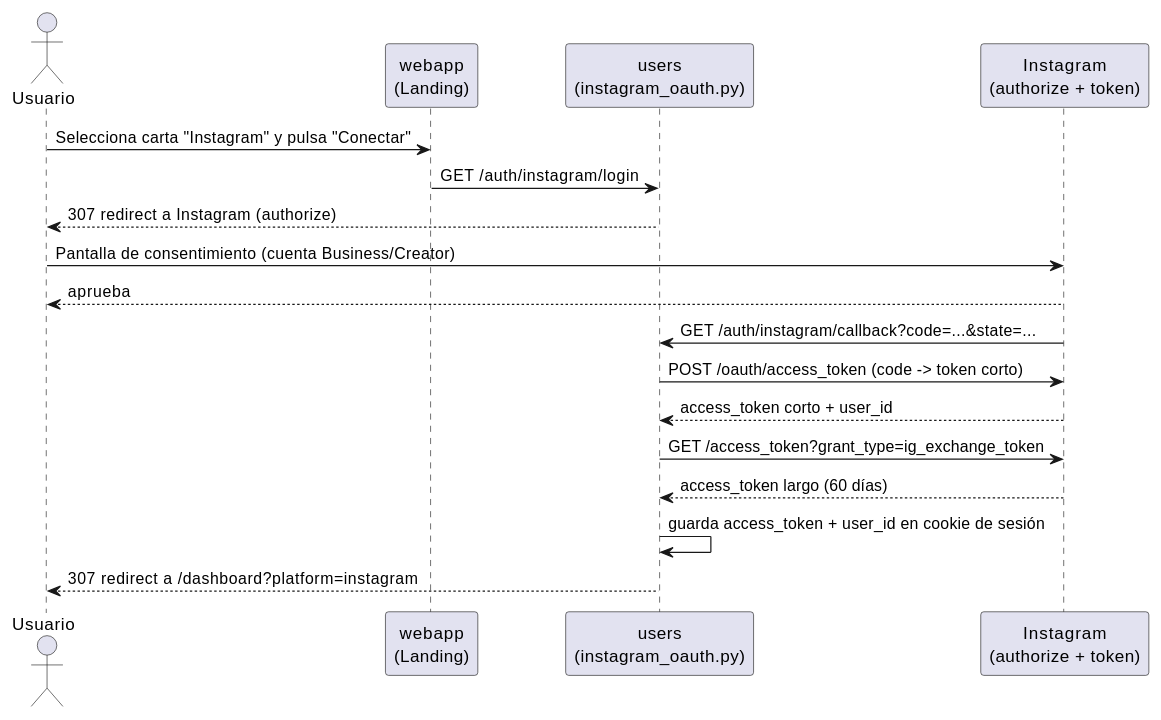
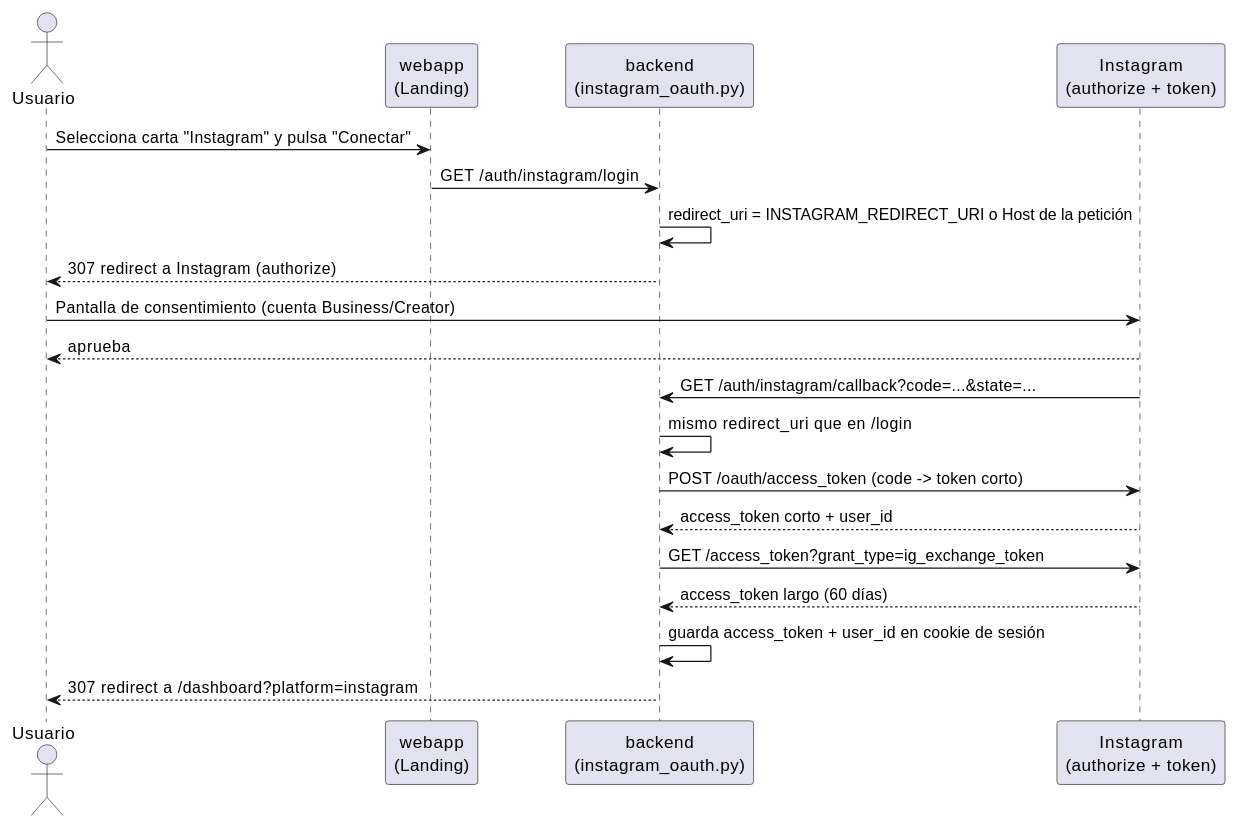
One commit to nacho50900/AmITraceable changed the second of 6 diagrams in docs/src/06_runtime_view.adoc. Above: the diagram before and after it, drawn with PlantUML. The commit also changed other lines of this file and 11 other files, not shown here.

```diff
--- a/docs/src/06_runtime_view.adoc
+++ b/docs/src/06_runtime_view.adoc
@@ -38,20 +41,22 @@
 [plantuml, "Secuencia OAuth Instagram", png]
 ----
 actor Usuario
 participant "webapp\n(Landing)" as FE
-participant "users\n(instagram_oauth.py)" as BE
+participant "backend\n(instagram_oauth.py)" as BE
 participant "Instagram\n(authorize + token)" as IG
 
 Usuario -> FE: Selecciona carta "Instagram" y pulsa "Conectar"
 FE -> BE: GET /auth/instagram/login
+BE -> BE: redirect_uri = INSTAGRAM_REDIRECT_URI o Host de la petición
 BE --> Usuario: 307 redirect a Instagram (authorize)
 Usuario -> IG: Pantalla de consentimiento (cuenta Business/Creator)
 IG --> Usuario: aprueba
 IG -> BE: GET /auth/instagram/callback?code=...&state=...
+BE -> BE: mismo redirect_uri que en /login
 BE -> IG: POST /oauth/access_token (code -> token corto)
 IG --> BE: access_token corto + user_id
 BE -> IG: GET /access_token?grant_type=ig_exchange_token
 IG --> BE: access_token largo (60 días)
 BE -> BE: guarda access_token + user_id en cookie de sesión
 BE --> Usuario: 307 redirect a /dashboard?platform=instagram
 ----
```
